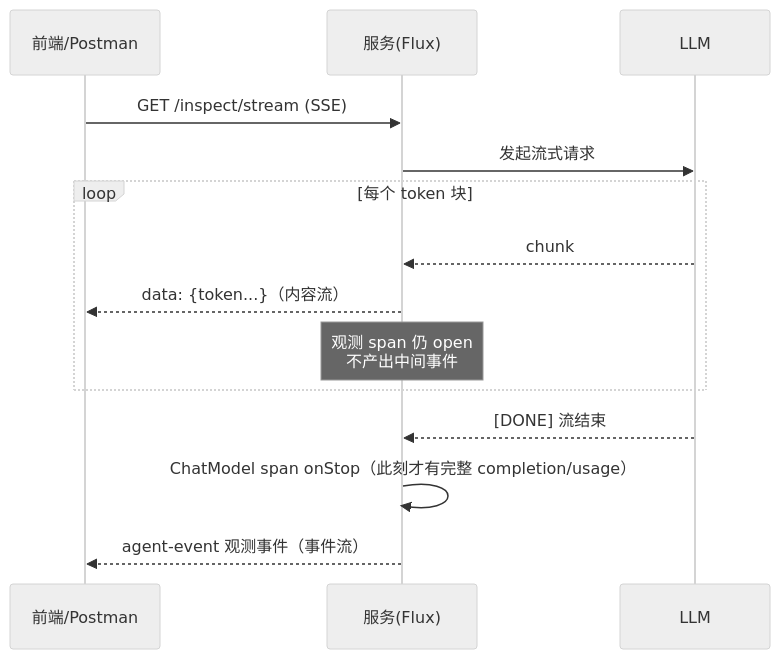
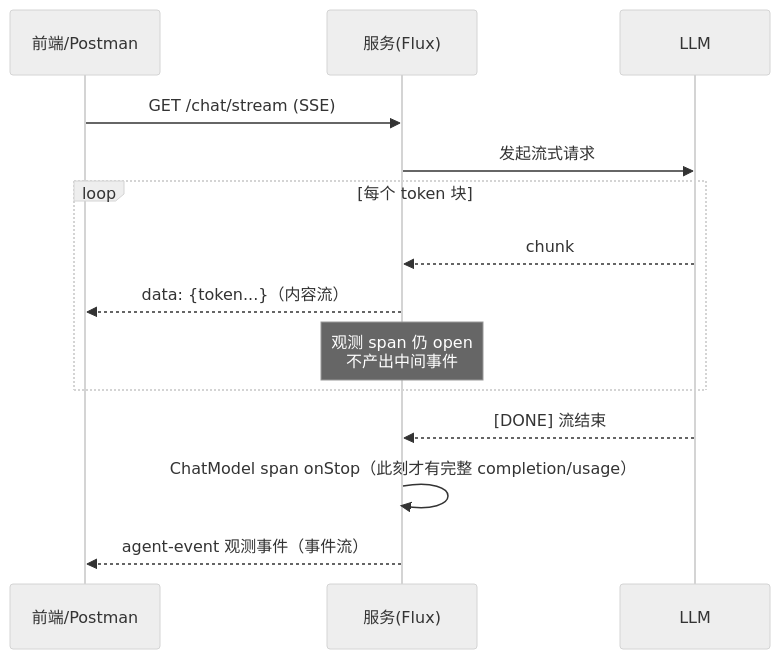
The first of 2 diagrams in docs/教程/05-Observation可观测/08-流式响应的观测：stream模式下的span闭合.md (UranusGit/java-agent-learn), drawn with Mermaid (neutral theme) before and after one commit. The commit also changed other lines of this file and 12 other files, not shown here.

````diff
--- a/docs/教程/05-Observation可观测/08-流式响应的观测：stream模式下的span闭合.md
+++ b/docs/教程/05-Observation可观测/08-流式响应的观测：stream模式下的span闭合.md
@@ -20,16 +20,16 @@
 ```mermaid
 sequenceDiagram
     participant C as 前端/Postman
     participant S as 服务(Flux)
     participant L as LLM
-    C->>S: GET /inspect/stream (SSE)
+    C->>S: GET /chat/stream (SSE)
     S->>L: 发起流式请求
     loop 每个 token 块
         L-->>S: chunk
         S-->>C: data: {token...}（内容流）
         Note over S: 观测 span 仍 open<br/>不产出中间事件
     end
     L-->>S: [DONE] 流结束
     S->>S: ChatModel span onStop（此刻才有完整 completion/usage）
     S-->>C: agent-event 观测事件（事件流）
 ```
````
